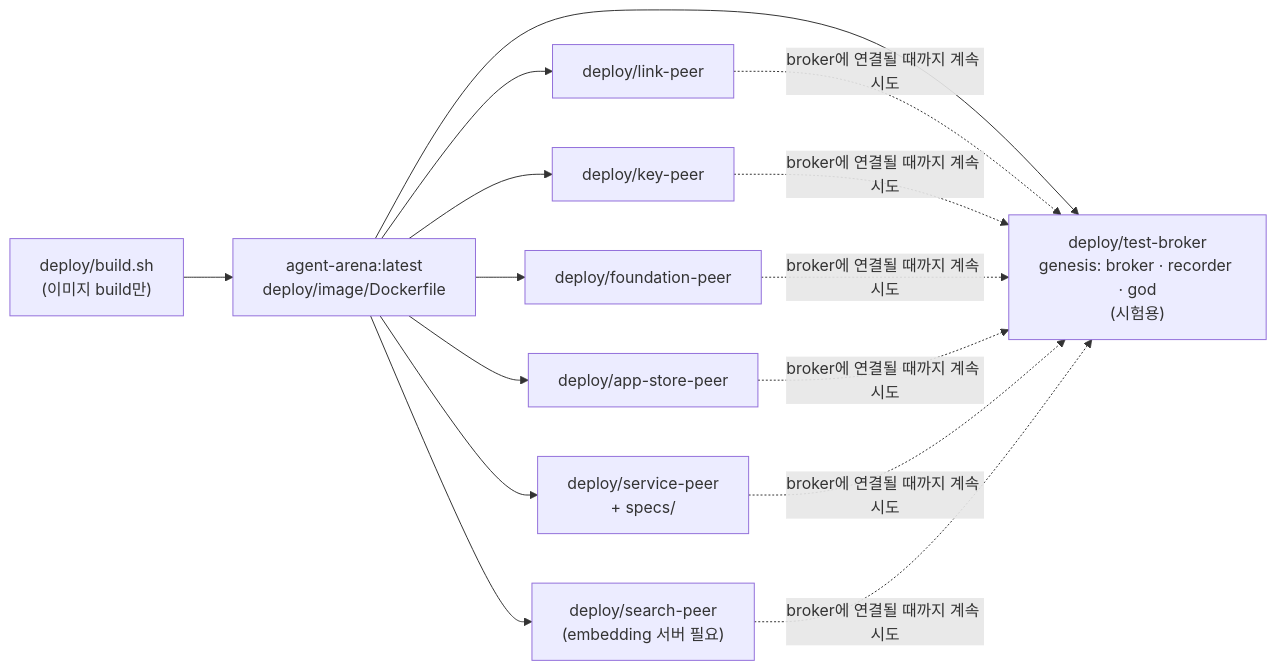
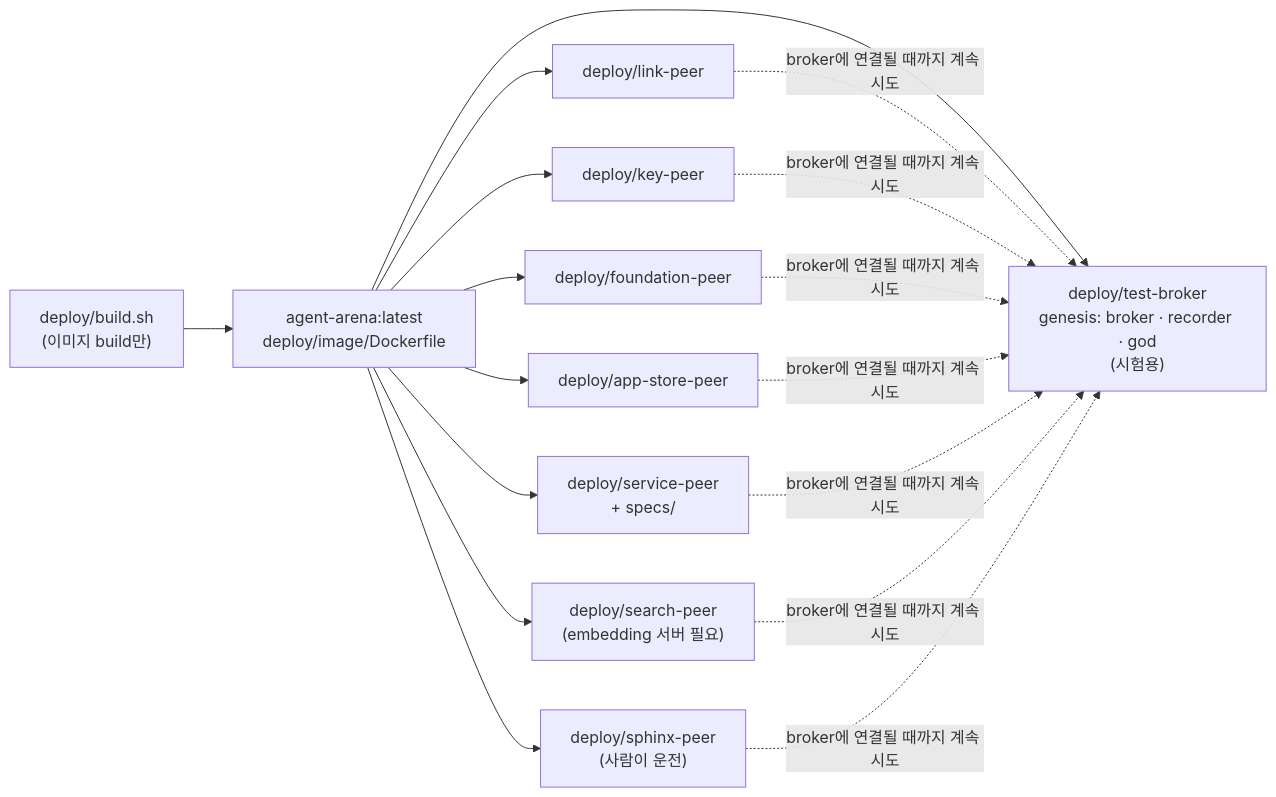
Before and after one commit to tanminkwan/share-ur-tokens: the first of 2 diagrams in dev/docker.md, drawn with Mermaid. The commit also changed other lines of this file and 20 other files, not shown here.

````diff
--- a/dev/docker.md
+++ b/dev/docker.md
@@ -9,12 +9,13 @@
 ```mermaid
 flowchart LR
     B["deploy/build.sh<br/>(이미지 build만)"] --> IMG["agent-arena:latest<br/>deploy/image/Dockerfile"]
     IMG --> TB["deploy/test-broker<br/>genesis: broker · recorder · god<br/>(시험용)"]
     IMG --> LP["deploy/link-peer"]
     IMG --> KP["deploy/key-peer"]
     IMG --> FP["deploy/foundation-peer"]
     IMG --> AP["deploy/app-store-peer"]
     IMG --> SP["deploy/service-peer<br/>+ specs/"]
     IMG --> SE["deploy/search-peer<br/>(embedding 서버 필요)"]
-    LP & KP & FP & AP & SP & SE -. "broker에 연결될 때까지 계속 시도" .-> TB
+    IMG --> SX["deploy/sphinx-peer<br/>(사람이 운전)"]
+    LP & KP & FP & AP & SP & SE & SX -. "broker에 연결될 때까지 계속 시도" .-> TB
 ```
````
